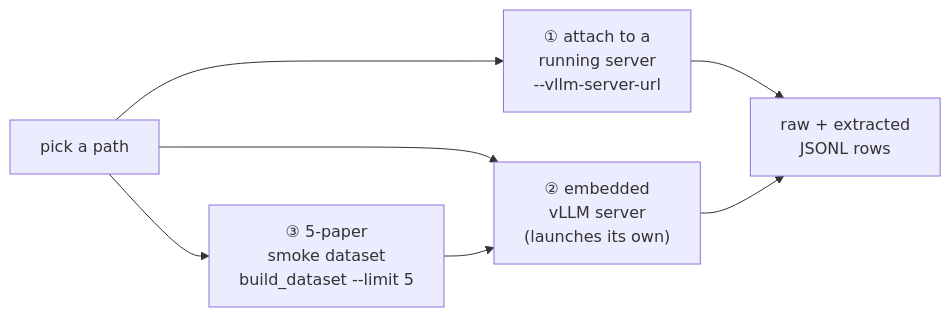
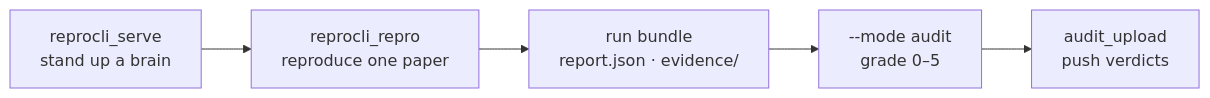
Before and after one commit to mithils3/reprocli: the diagram in docs/getting-started/quickstart.md, drawn with Mermaid. The commit also changed other lines of this file and 6 other files, not shown here.

First line of the commit message:
docs: reframe the product surfaces around reproduce -> audit -> upload

````diff
--- a/docs/getting-started/quickstart.md
+++ b/docs/getting-started/quickstart.md
@@ -16,9 +9,7 @@
 ```mermaid
 flowchart LR
-  A["pick a path"] --> B["① attach to a<br/>running server<br/>--vllm-server-url"]
-  A --> C["② embedded<br/>vLLM server<br/>(launches its own)"]
-  A --> D["③ 5-paper<br/>smoke dataset<br/>build_dataset --limit 5"]
-  B --> E["raw + extracted<br/>JSONL rows"]
-  C --> E
-  D --> C
+  S["reprocli_serve<br/>stand up a brain"] --> R["reprocli_repro<br/>reproduce one paper"]
+  R --> B["run bundle<br/>report.json · evidence/"]
+  B --> A["--mode audit<br/>grade 0–5"]
+  A --> U["audit_upload<br/>push verdicts"]
 ```
````
